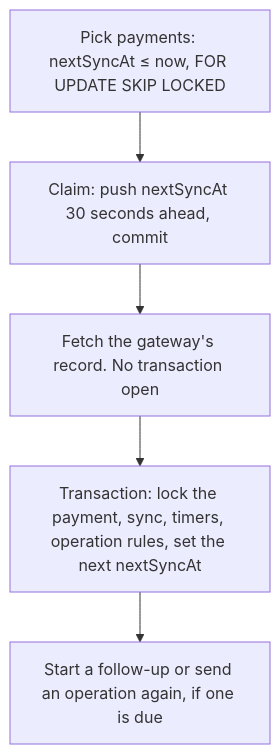
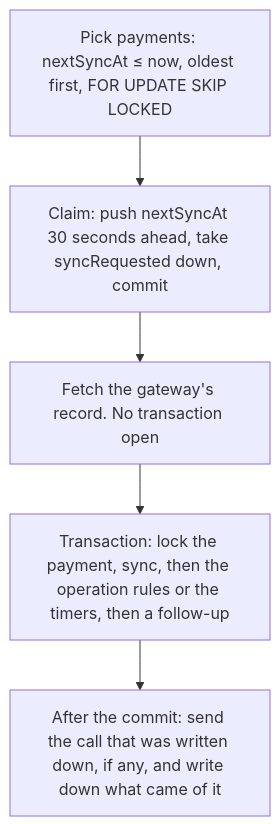
One commit to ibrahimahmed237/mizan-payments changed the diagram in docs/lld/workers.md. Above: the diagram before and after it, drawn with Mermaid. The commit also changed other lines of this file and 8 other files, not shown here.

````diff
--- a/docs/lld/workers.md
+++ b/docs/lld/workers.md
@@ -43,7 +46,7 @@
 ```mermaid
 flowchart TB
-  P[Pick payments: nextSyncAt ≤ now, FOR UPDATE SKIP LOCKED] --> C[Claim: push nextSyncAt 30 seconds ahead, commit]
+  P[Pick payments: nextSyncAt ≤ now, oldest first, FOR UPDATE SKIP LOCKED] --> C[Claim: push nextSyncAt 30 seconds ahead, take syncRequested down, commit]
   C --> F[Fetch the gateway's record. No transaction open]
-  F --> T[Transaction: lock the payment, sync, timers, operation rules, set the next nextSyncAt]
-  T --> U[Start a follow-up or send an operation again, if one is due]
+  F --> T[Transaction: lock the payment, sync, then the operation rules or the timers, then a follow-up]
+  T --> U[After the commit: send the call that was written down, if any, and write down what came of it]
 ```
````
